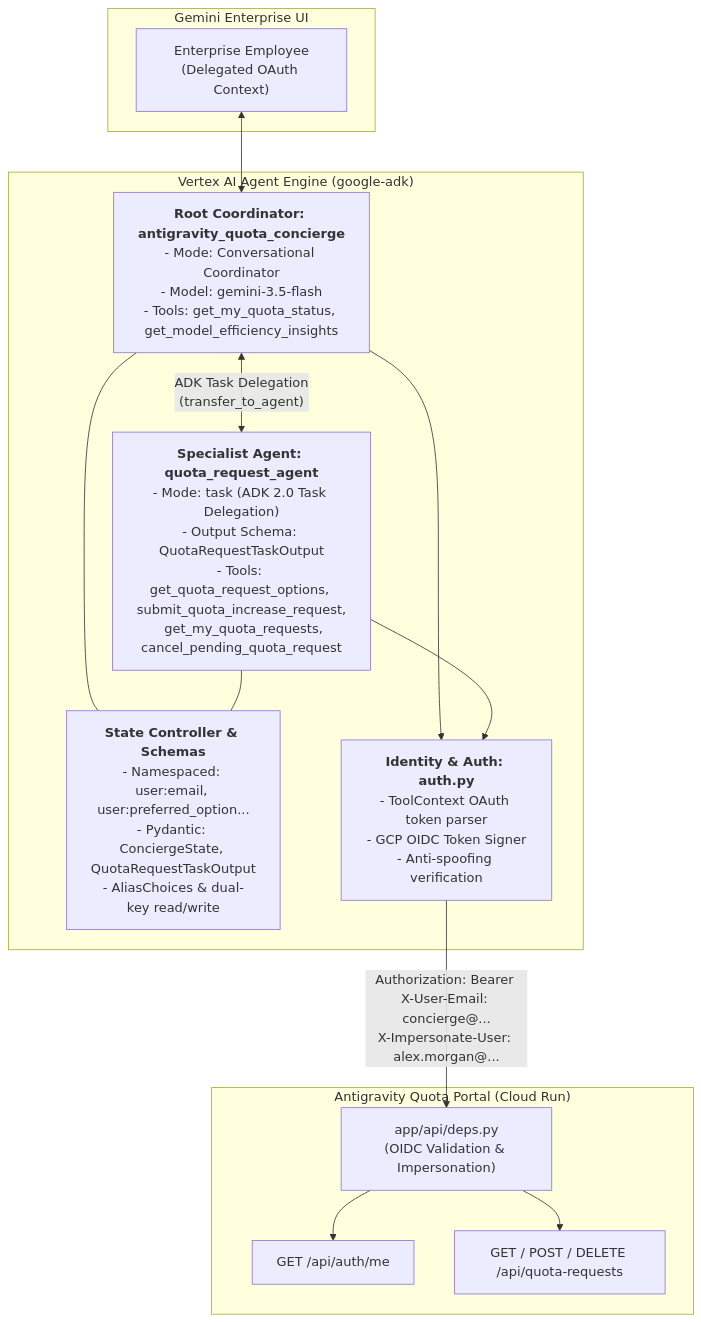
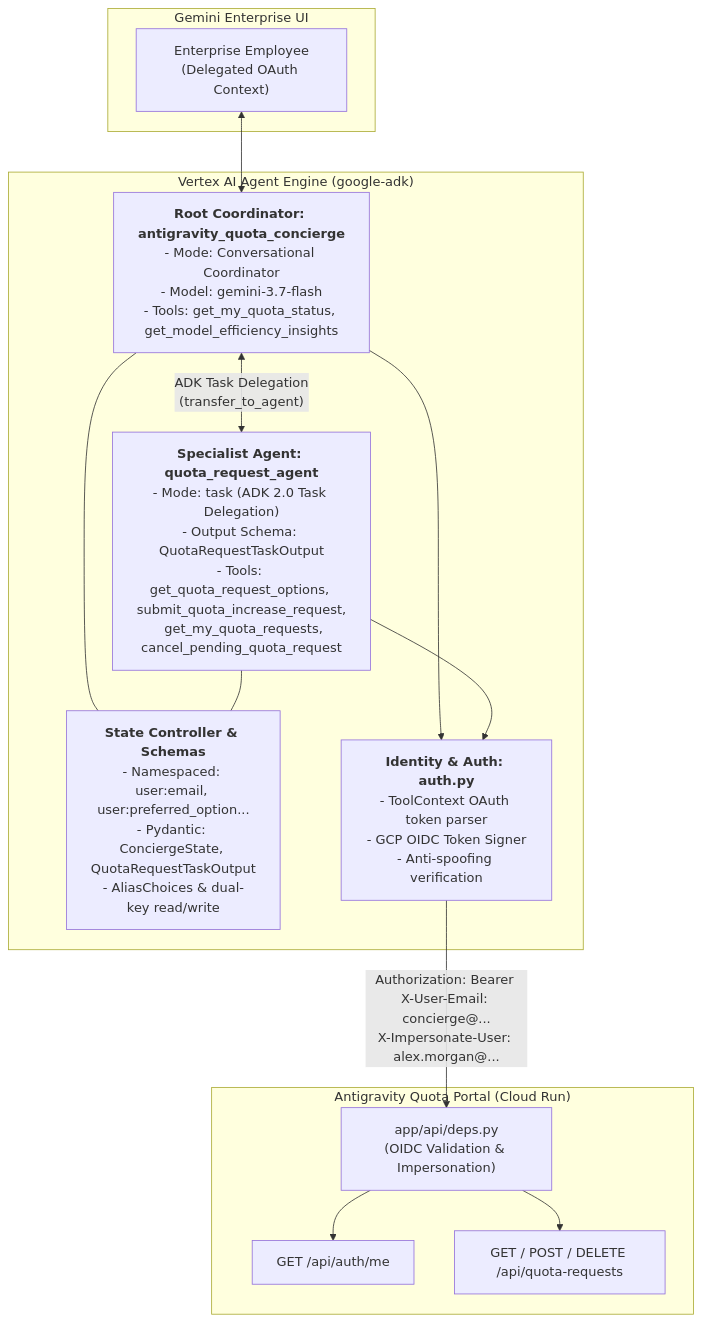
The diagram in concierge-agent/SPECIFICATION.md (agentspace-ge/agy-quota-config-dash), drawn with Mermaid before and after one commit. The commit also changed other lines of this file and 19 other files, not shown here.

First line of the commit message:
feat(finops): align authorized models with AGY matrix & migrate concierge to gemini-3.7-flash

````diff
--- a/concierge-agent/SPECIFICATION.md
+++ b/concierge-agent/SPECIFICATION.md
@@ -27,33 +27,33 @@
 ```mermaid
 flowchart TD
     subgraph EnterpriseUI ["Gemini Enterprise UI"]
         User["Enterprise Employee\n(Delegated OAuth Context)"]
     end
 
     subgraph AgentEngine ["Vertex AI Agent Engine (google-adk)"]
-        Coordinator["<b>Root Coordinator: antigravity_quota_concierge</b>\n- Mode: Conversational Coordinator\n- Model: gemini-3.5-flash\n- Tools: get_my_quota_status, get_model_efficiency_insights"]
+        Coordinator["<b>Root Coordinator: antigravity_quota_concierge</b>\n- Mode: Conversational Coordinator\n- Model: gemini-3.7-flash\n- Tools: get_my_quota_status, get_model_efficiency_insights"]
         
         TaskAgent["<b>Specialist Agent: quota_request_agent</b>\n- Mode: task (ADK 2.0 Task Delegation)\n- Output Schema: QuotaRequestTaskOutput\n- Tools: get_quota_request_options, submit_quota_increase_request,\n  get_my_quota_requests, cancel_pending_quota_request"]
 
         StateControl["<b>State Controller & Schemas</b>\n- Namespaced: user:email, user:preferred_option...\n- Pydantic: ConciergeState, QuotaRequestTaskOutput\n- AliasChoices & dual-key read/write"]
         
         AuthLayer["<b>Identity & Auth: auth.py</b>\n- ToolContext OAuth token parser\n- GCP OIDC Token Signer\n- Anti-spoofing verification"]
         
         Coordinator <-->|"ADK Task Delegation\n(transfer_to_agent)"| TaskAgent
         Coordinator --- StateControl
         TaskAgent --- StateControl
         Coordinator --> AuthLayer
         TaskAgent --> AuthLayer
     end
 
     subgraph QuotaPortal ["Antigravity Quota Portal (Cloud Run)"]
         Deps["app/api/deps.py\n(OIDC Validation & Impersonation)"]
         MeAPI["GET /api/auth/me"]
         ReqAPI["GET / POST / DELETE /api/quota-requests"]
         Deps --> MeAPI
         Deps --> ReqAPI
     end
 
     User <--> Coordinator
     AuthLayer -->|"Authorization: Bearer <OIDC>\nX-User-Email: concierge@...\nX-Impersonate-User: alex.morgan@..."| Deps
 ```
````
